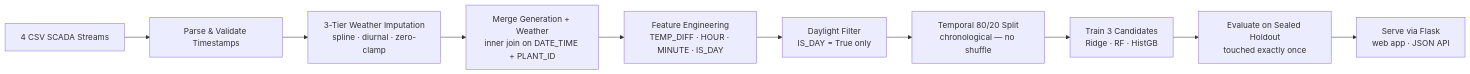
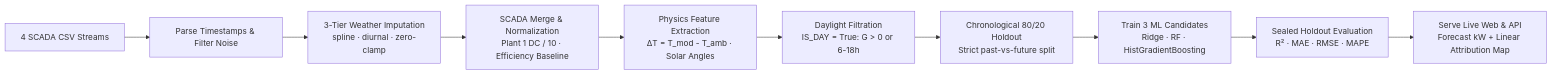
The diagram in README.md (Sai0Nikhil/Solar_Sense), drawn with Mermaid before and after one commit. The commit also changed other lines of this file and 11 other files, not shown here.

````diff
--- a/README.md
+++ b/README.md
@@ -121,12 +185,12 @@
 ```mermaid
 flowchart LR
-    A[4 CSV SCADA Streams] --> B[Parse & Validate Timestamps]
-    B --> C[3-Tier Weather Imputation\nspline · diurnal · zero-clamp]
-    C --> D[Merge Generation + Weather\ninner join on DATE_TIME + PLANT_ID]
-    D --> E[Feature Engineering\nTEMP_DIFF · HOUR · MINUTE · IS_DAY]
-    E --> F[Daylight Filter\nIS_DAY = True only]
-    F --> G[Temporal 80/20 Split\nchronological — no shuffle]
-    G --> H[Train 3 Candidates\nRidge · RF · HistGB]
-    H --> I[Evaluate on Sealed Holdout\ntouched exactly once]
-    I --> J[Serve via Flask\nweb app · JSON API]
+    A[4 SCADA CSV Streams] --> B[Parse Timestamps & Filter Noise]
+    B --> C[3-Tier Weather Imputation<br/>spline · diurnal · zero-clamp]
+    C --> D[SCADA Merge & Normalization<br/>Plant 1 DC / 10 · Efficiency Baseline]
+    D --> E[Physics Feature Extraction<br/>ΔT = T_mod - T_amb · Solar Angles]
+    E --> F[Daylight Filtration<br/>IS_DAY = True: G > 0 or 6-18h]
+    F --> G[Chronological 80/20 Holdout<br/>Strict past-vs-future split]
+    G --> H[Train 3 ML Candidates<br/>Ridge · RF · HistGradientBoosting]
+    H --> I[Sealed Holdout Evaluation<br/>R² · MAE · RMSE · MAPE]
+    I --> J[Serve Live Web & API<br/>Forecast kW + Linear Attribution Map]
 ```
````
